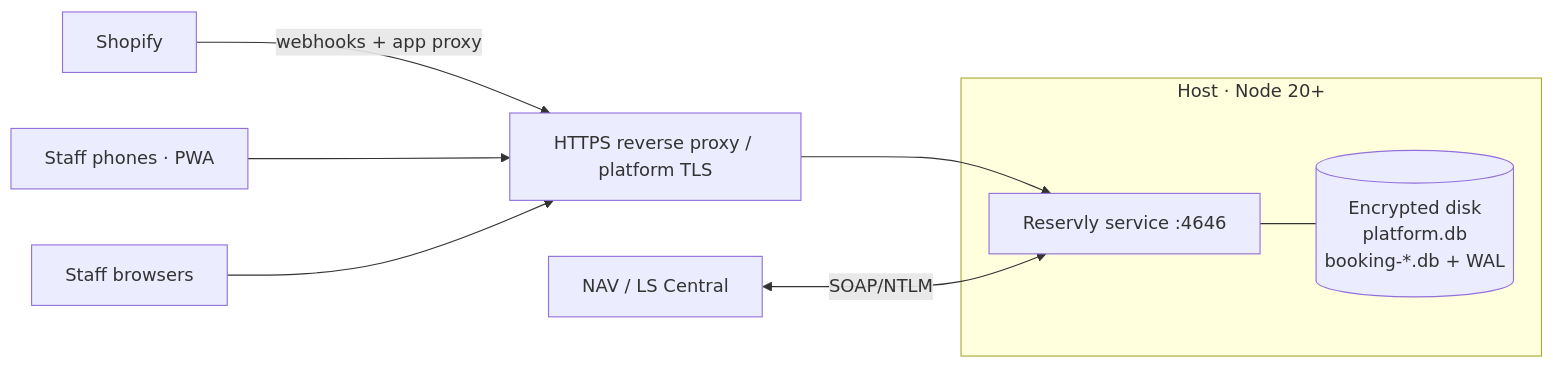
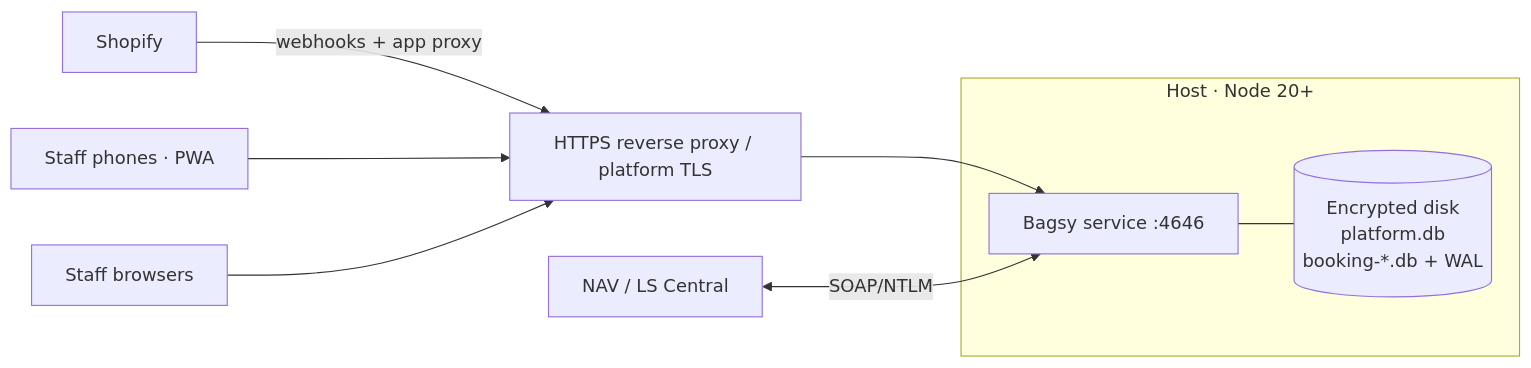
The second of 8 diagrams in docs/ARCHITECTURE.md (onyourx/Reservly), drawn with Mermaid before and after one commit. The commit also changed other lines of this file and 25 other files, not shown here.

First line of the commit message:
feat(brand): rename Reservly to Bagsy across all surfaces

````diff
--- a/docs/ARCHITECTURE.md
+++ b/docs/ARCHITECTURE.md
@@ -94,13 +94,13 @@
 ```mermaid
 flowchart LR
   subgraph host[Host · Node 20+]
-    node[Reservly service :4646]
+    node[Bagsy service :4646]
     disk[(Encrypted disk<br/>platform.db<br/>booking-*.db + WAL)]
     node --- disk
   end
   tls[HTTPS reverse proxy / platform TLS] --> node
   shopify[Shopify] -- webhooks + app proxy --> tls
   phones[Staff phones · PWA] --> tls
   browsers[Staff browsers] --> tls
   nav[NAV / LS Central] <-- SOAP/NTLM --> node
 ```
````
